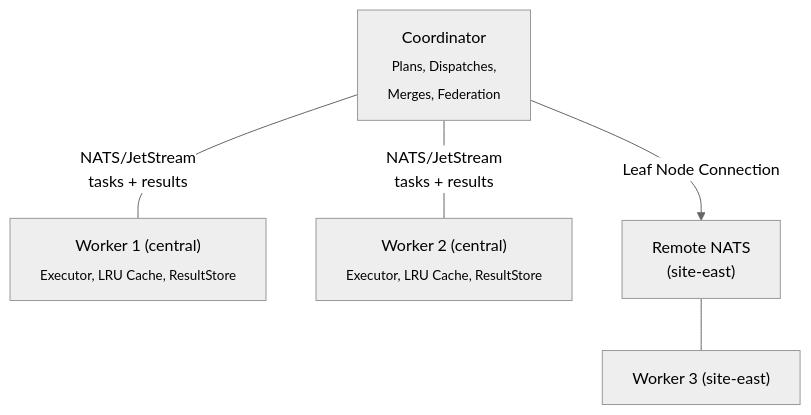
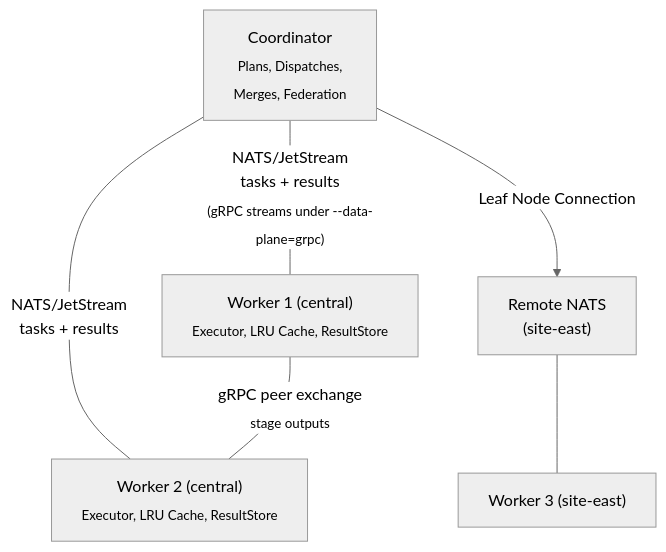
The third of 3 diagrams in docs/architecture.md (derekmwright/wadjet), drawn with Mermaid (neutral theme) before and after one commit. The commit also changed other lines of this file and 1 other file, not shown here.

````diff
--- a/docs/architecture.md
+++ b/docs/architecture.md
@@ -309,13 +358,14 @@
 ```mermaid
 graph TD
     CO["Coordinator<br/><sub>Plans, Dispatches,<br/>Merges, Federation</sub>"]
     W1["Worker 1 (central)<br/><sub>Executor, LRU Cache, ResultStore</sub>"]
     W2["Worker 2 (central)<br/><sub>Executor, LRU Cache, ResultStore</sub>"]
     RN["Remote NATS<br/>(site-east)"]
     W3["Worker 3 (site-east)"]
 
-    CO -- "NATS/JetStream<br/>tasks + results" --- W1
+    CO -- "NATS/JetStream<br/>tasks + results<br/><sub>(gRPC streams under --data-plane=grpc)</sub>" --- W1
     CO -- "NATS/JetStream<br/>tasks + results" --- W2
+    W1 -- "gRPC peer exchange<br/><sub>stage outputs</sub>" --- W2
     CO -- "Leaf Node Connection" --> RN
     RN --- W3
 ```
````
